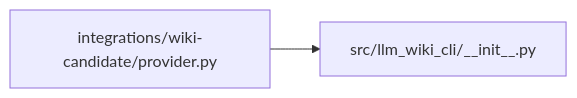
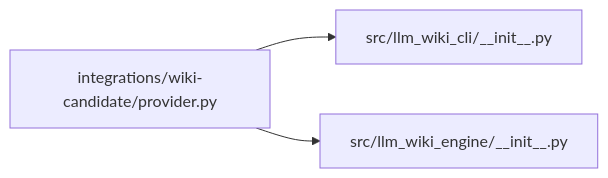
The diagram in docs/llm_wiki/modules/provider.md (Denissvgn/python-wiki-llm), drawn with Mermaid before and after one commit. The commit also changed other lines of this file and 719 other files, not shown here.

Commit message:
docs: refresh the wiki for the engine's own use cases

````diff
--- a/docs/llm_wiki/modules/provider.md
+++ b/docs/llm_wiki/modules/provider.md
@@ -32,8 +32,11 @@
 ```mermaid
 flowchart LR
     n0["integrations/wiki-candidate/provider.py"]
     n1["src/llm_wiki_cli/__init__.py"]
+    n2["src/llm_wiki_engine/__init__.py"]
     n0 --> n1
+    n0 --> n2
     click n0 "../modules/provider.md"
     click n1 "../modules/llm_wiki_cli___init__.md"
+    click n2 "../modules/llm_wiki_engine___init__.md"
 ```
````
